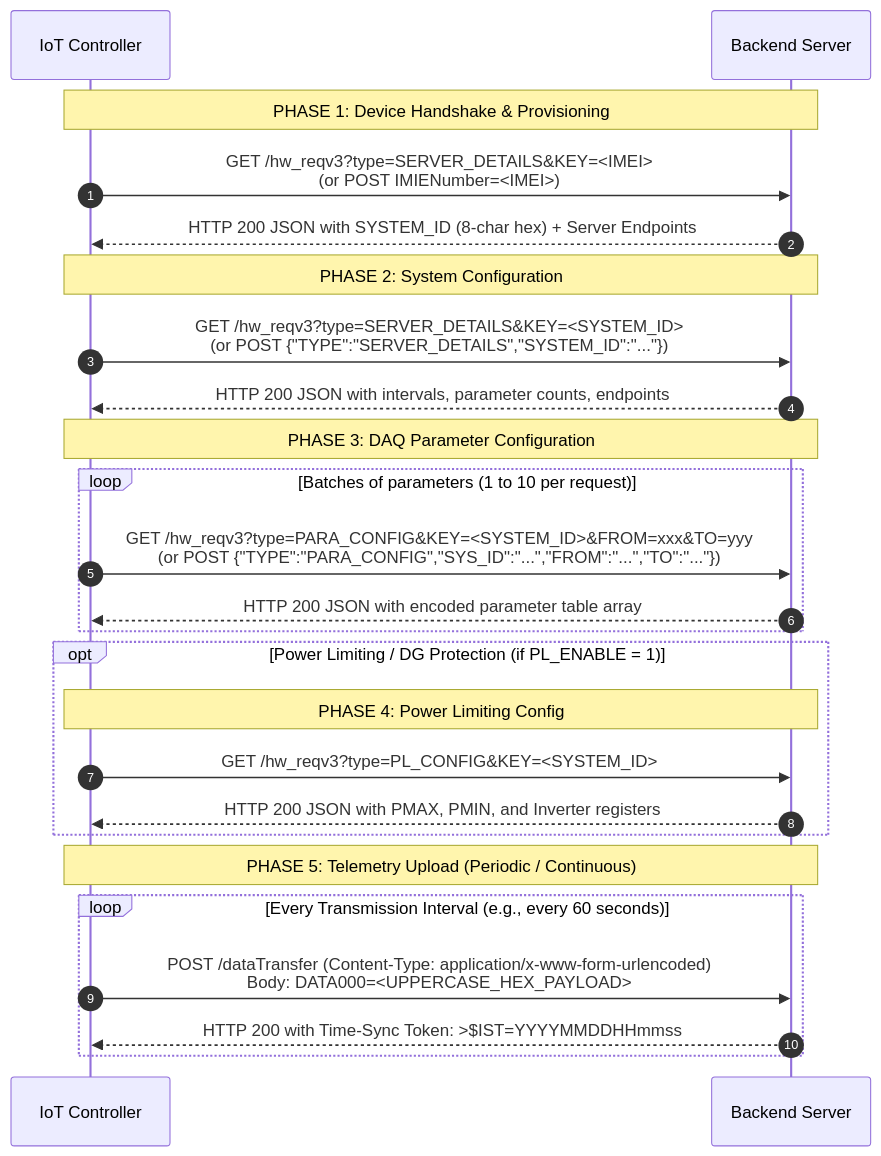
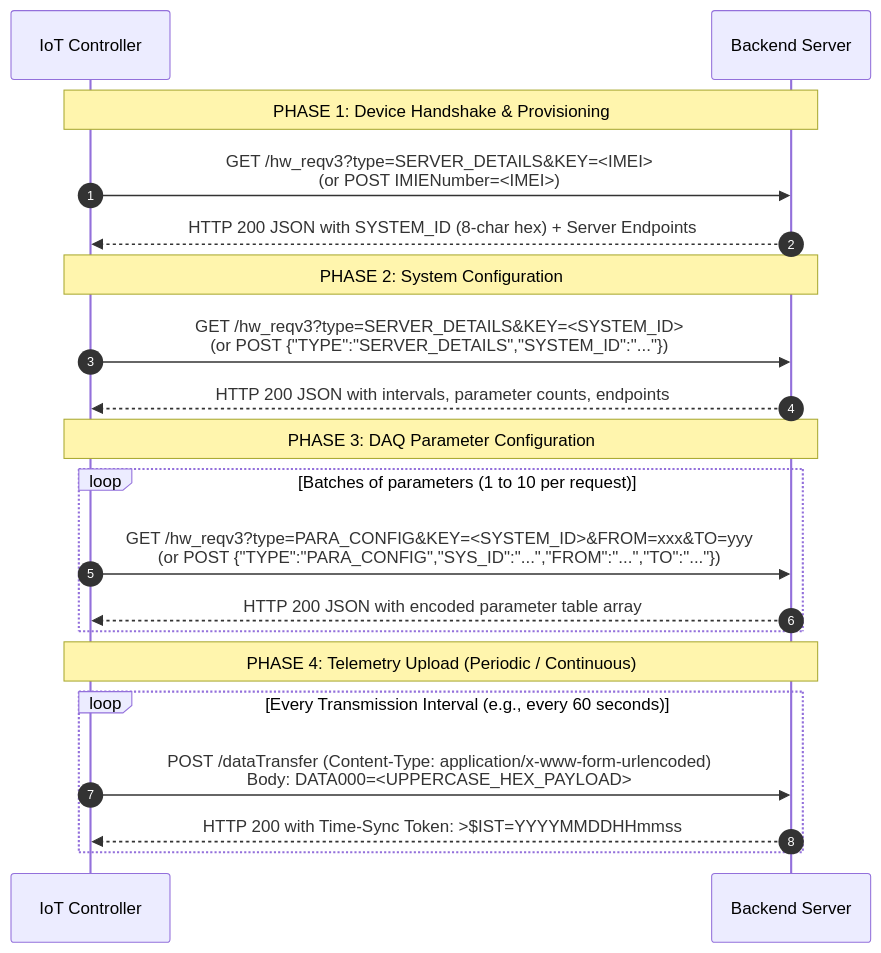
Before and after one commit to userdevil/IotController: the diagram in BACKEND_SERVER_IMPLEMENTATION_GUIDE.md, drawn with Mermaid. The commit also changed other lines of this file and 7 other files, not shown here.

Commit message:
Remove power limiting and DG configuration

````diff
--- a/BACKEND_SERVER_IMPLEMENTATION_GUIDE.md
+++ b/BACKEND_SERVER_IMPLEMENTATION_GUIDE.md
@@ -11,32 +11,26 @@
 ```mermaid
 sequenceDiagram
     autonumber
     participant D as IoT Controller
     participant S as Backend Server
 
     Note over D,S: PHASE 1: Device Handshake & Provisioning
     D->>S: GET /hw_reqv3?type=SERVER_DETAILS&KEY=<IMEI><br/>(or POST IMIENumber=<IMEI>)
     S-->>D: HTTP 200 JSON with SYSTEM_ID (8-char hex) + Server Endpoints
 
     Note over D,S: PHASE 2: System Configuration
     D->>S: GET /hw_reqv3?type=SERVER_DETAILS&KEY=<SYSTEM_ID><br/>(or POST {"TYPE":"SERVER_DETAILS","SYSTEM_ID":"..."})
     S-->>D: HTTP 200 JSON with intervals, parameter counts, endpoints
 
     Note over D,S: PHASE 3: DAQ Parameter Configuration
     loop Batches of parameters (1 to 10 per request)
         D->>S: GET /hw_reqv3?type=PARA_CONFIG&KEY=<SYSTEM_ID>&FROM=xxx&TO=yyy<br/>(or POST {"TYPE":"PARA_CONFIG","SYS_ID":"...","FROM":"...","TO":"..."})
         S-->>D: HTTP 200 JSON with encoded parameter table array
     end
 
-    opt Power Limiting / DG Protection (if PL_ENABLE = 1)
-        Note over D,S: PHASE 4: Power Limiting Config
-        D->>S: GET /hw_reqv3?type=PL_CONFIG&KEY=<SYSTEM_ID>
-        S-->>D: HTTP 200 JSON with PMAX, PMIN, and Inverter registers
-    end
-
-    Note over D,S: PHASE 5: Telemetry Upload (Periodic / Continuous)
+    Note over D,S: PHASE 4: Telemetry Upload (Periodic / Continuous)
     loop Every Transmission Interval (e.g., every 60 seconds)
         D->>S: POST /dataTransfer (Content-Type: application/x-www-form-urlencoded)<br/>Body: DATA000=<UPPERCASE_HEX_PAYLOAD>
         S-->>D: HTTP 200 with Time-Sync Token: >$IST=YYYYMMDDHHmmss#
     end
 ```
````
